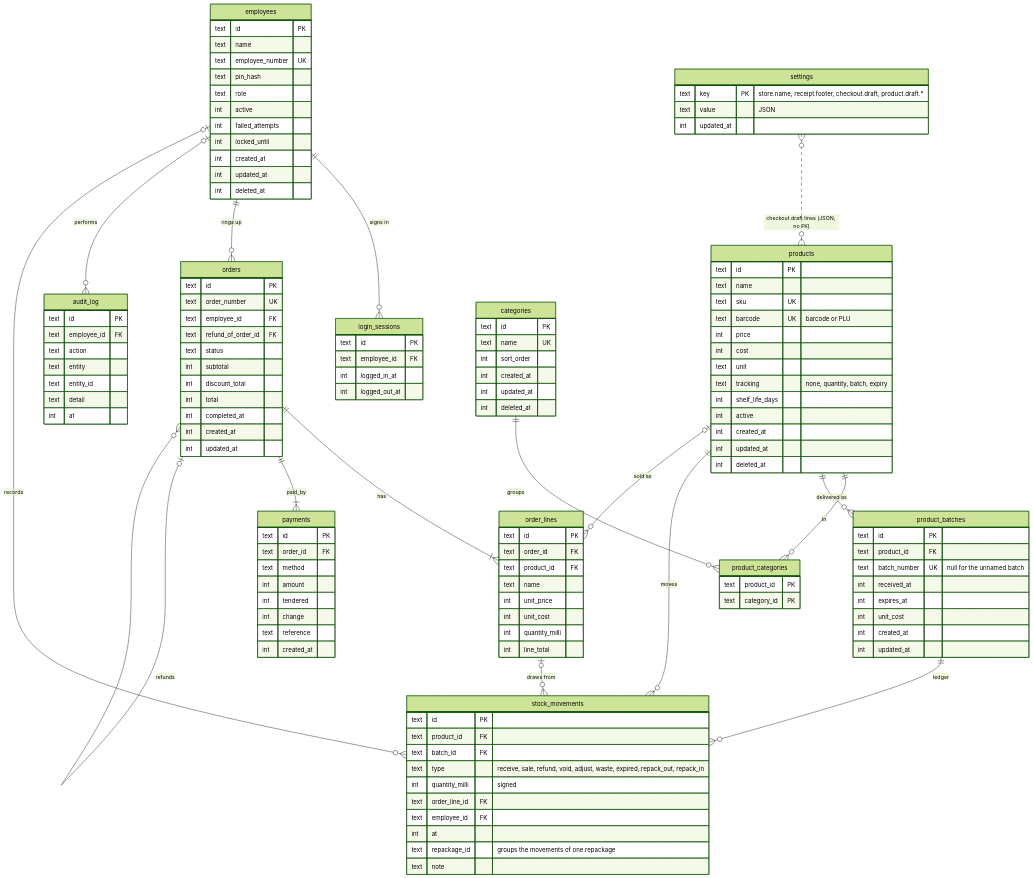
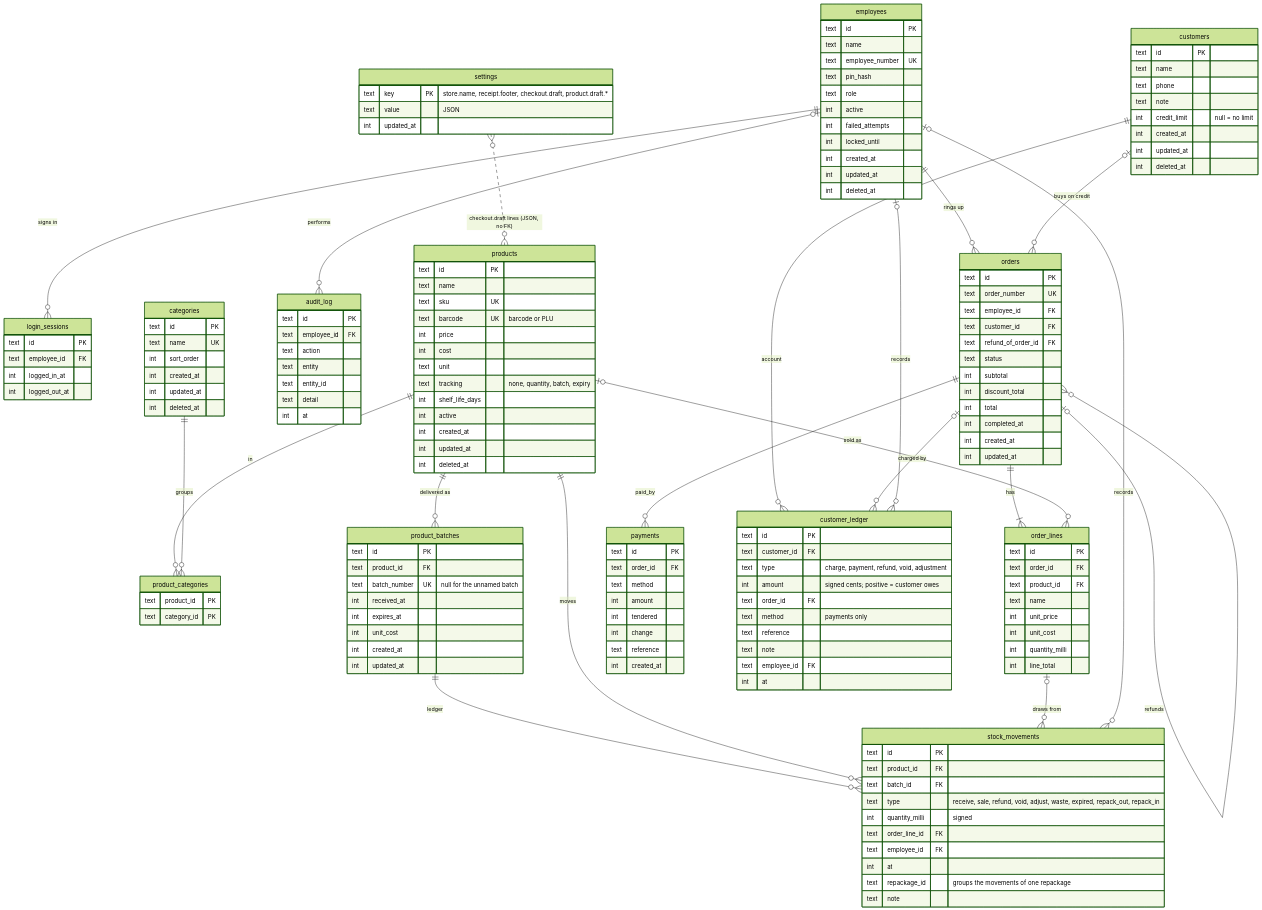
Before and after one commit to Joseph-013/MicroPOS-monorepo: the diagram in docs/erd.mmd, drawn with Mermaid (forest theme). The commit also changed 10 other files, not shown here.

First line of the commit message:
Add customers and the customer ledger tables (store credit and partial payments)

```diff
--- a/docs/erd.mmd
+++ b/docs/erd.mmd
@@ -1,132 +1,159 @@
 erDiagram
     employees ||--o{ login_sessions : "signs in"
     employees ||--o{ orders : "rings up"
     employees |o--o{ audit_log : "performs"
     settings }o..o{ products : "checkout.draft lines (JSON, no FK)"
     products ||--o{ product_categories : "in"
     products ||--o{ product_batches : "delivered as"
     product_batches ||--o{ stock_movements : "ledger"
     products ||--o{ stock_movements : "moves"
     order_lines |o--o{ stock_movements : "draws from"
     employees |o--o{ stock_movements : "records"
     categories ||--o{ product_categories : "groups"
     orders ||--|{ order_lines : "has"
     products |o--o{ order_lines : "sold as"
-    orders ||--|{ payments : "paid_by"
+    orders ||--o{ payments : "paid_by"
+    customers |o--o{ orders : "buys on credit"
+    customers ||--o{ customer_ledger : "account"
+    orders |o--o{ customer_ledger : "charged by"
+    employees |o--o{ customer_ledger : "records"
     orders |o--o{ orders : "refunds"
 
     employees {
         text id PK
         text name
         text employee_number UK
         text pin_hash
         text role
         int active
         int failed_attempts
         int locked_until
         int created_at
         int updated_at
         int deleted_at
     }
     login_sessions {
         text id PK
         text employee_id FK
         int logged_in_at
         int logged_out_at
     }
     audit_log {
         text id PK
         text employee_id FK
         text action
         text entity
         text entity_id
         text detail
         int at
     }
     categories {
         text id PK
         text name UK
         int sort_order
         int created_at
         int updated_at
         int deleted_at
     }
     product_categories {
         text product_id PK
         text category_id PK
     }
     products {
         text id PK
         text name
         text sku UK
         text barcode UK "barcode or PLU"
         int price
         int cost
         text unit
         text tracking "none, quantity, batch, expiry"
         int shelf_life_days
         int active
         int created_at
         int updated_at
         int deleted_at
     }
     product_batches {
         text id PK
         text product_id FK
         text batch_number UK "null for the unnamed batch"
         int received_at
         int expires_at
         int unit_cost
         int created_at
         int updated_at
     }
     stock_movements {
         text id PK
         text product_id FK
         text batch_id FK
         text type "receive, sale, refund, void, adjust, waste, expired, repack_out, repack_in"
         int quantity_milli "signed"
         text order_line_id FK
         text employee_id FK
         int at
         text repackage_id "groups the movements of one repackage"
         text note
     }
     orders {
         text id PK
         text order_number UK
         text employee_id FK
+        text customer_id FK
         text refund_of_order_id FK
         text status
         int subtotal
         int discount_total
         int total
         int completed_at
         int created_at
         int updated_at
+    }
+    customers {
+        text id PK
+        text name
+        text phone
+        text note
+        int credit_limit "null = no limit"
+        int created_at
+        int updated_at
+        int deleted_at
+    }
+    customer_ledger {
+        text id PK
+        text customer_id FK
+        text type "charge, payment, refund, void, adjustment"
+        int amount "signed cents; positive = customer owes"
+        text order_id FK
+        text method "payments only"
+        text reference
+        text note
+        text employee_id FK
+        int at
     }
     order_lines {
         text id PK
         text order_id FK
         text product_id FK
         text name
         int unit_price
         int unit_cost
         int quantity_milli
         int line_total
     }
     payments {
         text id PK
         text order_id FK
         text method
         int amount
         int tendered
         int change
         text reference
         int created_at
     }
     settings {
         text key PK "store.name, receipt.footer, checkout.draft, product.draft.*"
         text value "JSON"
         int updated_at
     }
```
